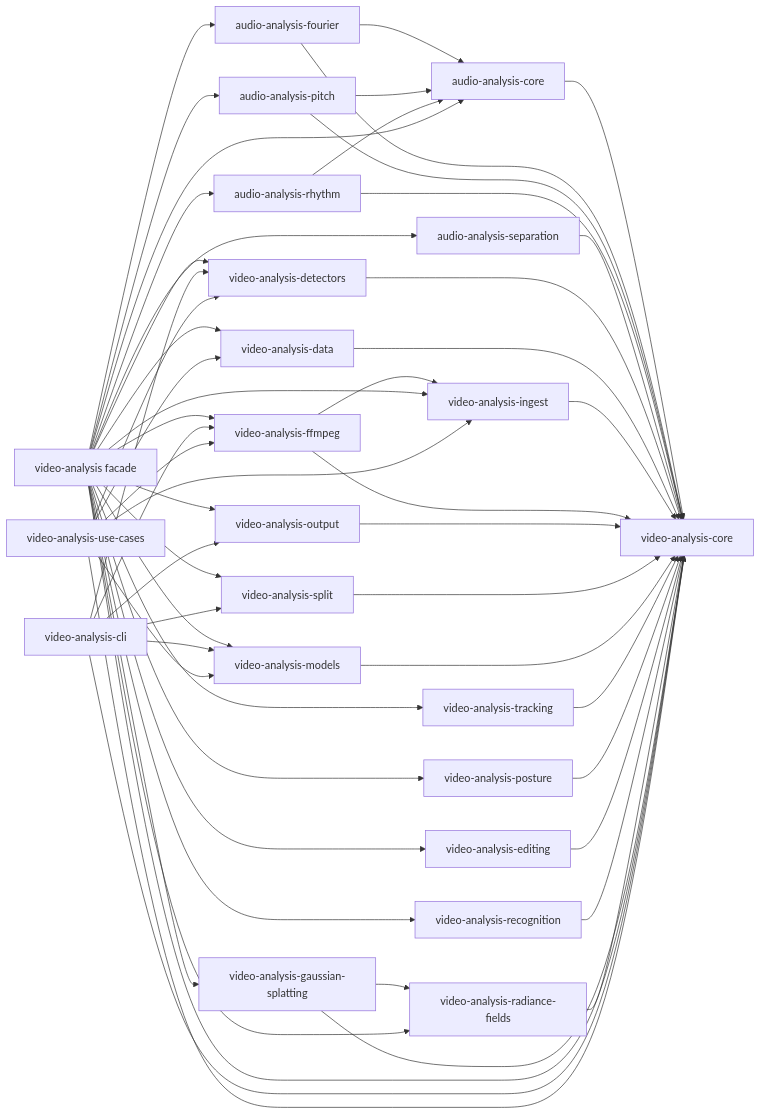
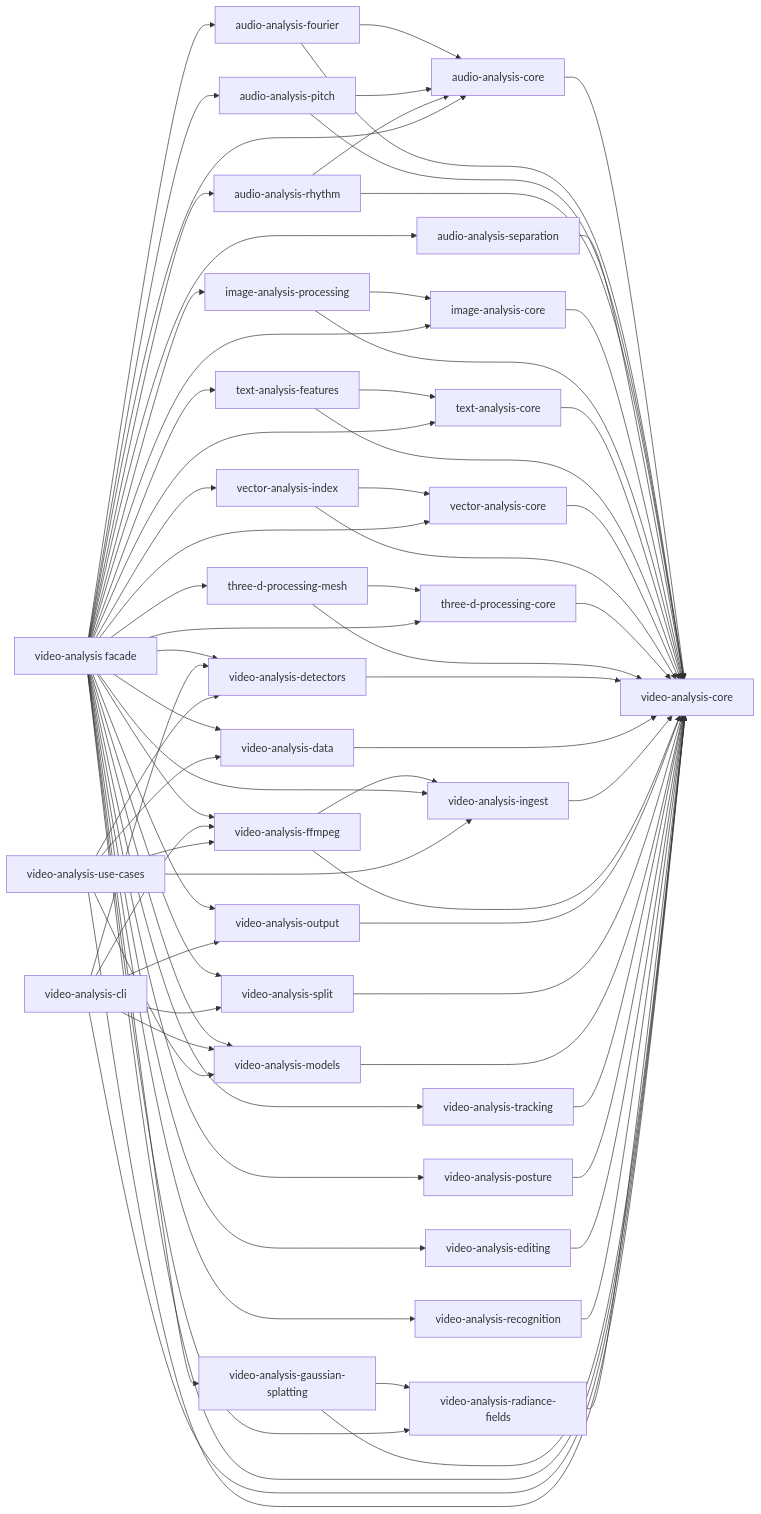
Before and after one commit to moritzbrantner/rust-packages: the diagram in README.md, drawn with Mermaid. The commit also changed other lines of this file and 20 other files, not shown here.

```diff
--- a/README.md
+++ b/README.md
@@ -150,6 +172,14 @@
     pitch[audio-analysis-pitch]
     rhythm[audio-analysis-rhythm]
     separation[audio-analysis-separation]
+    imagecore[image-analysis-core]
+    imageprocessing[image-analysis-processing]
+    textcore[text-analysis-core]
+    textfeatures[text-analysis-features]
+    vectorcore[vector-analysis-core]
+    vectorindex[vector-analysis-index]
+    threedcore[three-d-processing-core]
+    threedmesh[three-d-processing-mesh]
 
     data[video-analysis-data]
     detectors[video-analysis-detectors]
@@ -177,6 +207,18 @@
     rhythm --> audiocore
     rhythm --> core
     separation --> core
+    imagecore --> core
+    imageprocessing --> imagecore
+    imageprocessing --> core
+    textcore --> core
+    textfeatures --> textcore
+    textfeatures --> core
+    vectorcore --> core
+    vectorindex --> vectorcore
+    vectorindex --> core
+    threedcore --> core
+    threedmesh --> threedcore
+    threedmesh --> core
 
     detectors --> core
     data --> core
@@ -213,6 +255,14 @@
     root --> pitch
     root --> rhythm
     root --> separation
+    root --> imagecore
+    root --> imageprocessing
+    root --> textcore
+    root --> textfeatures
+    root --> vectorcore
+    root --> vectorindex
+    root --> threedcore
+    root --> threedmesh
 
     cli --> core
     cli --> detectors
```
